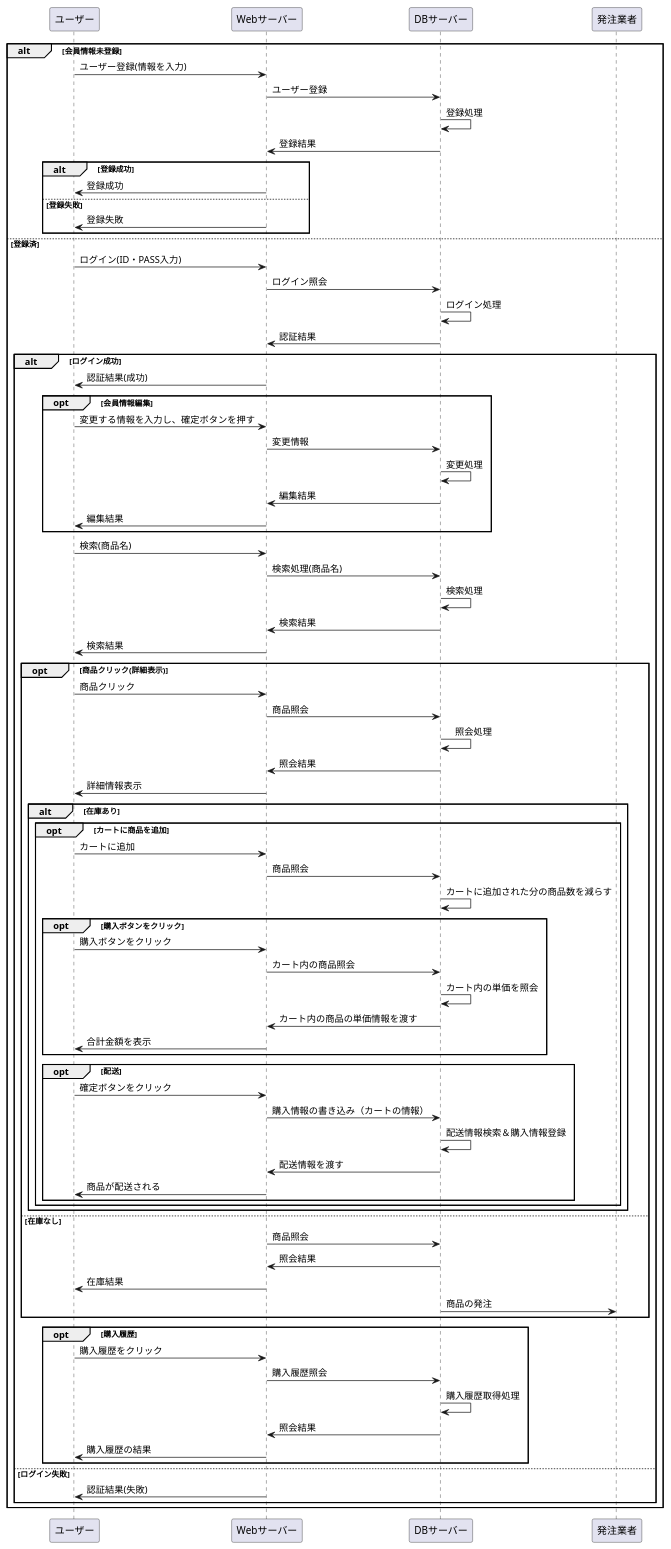
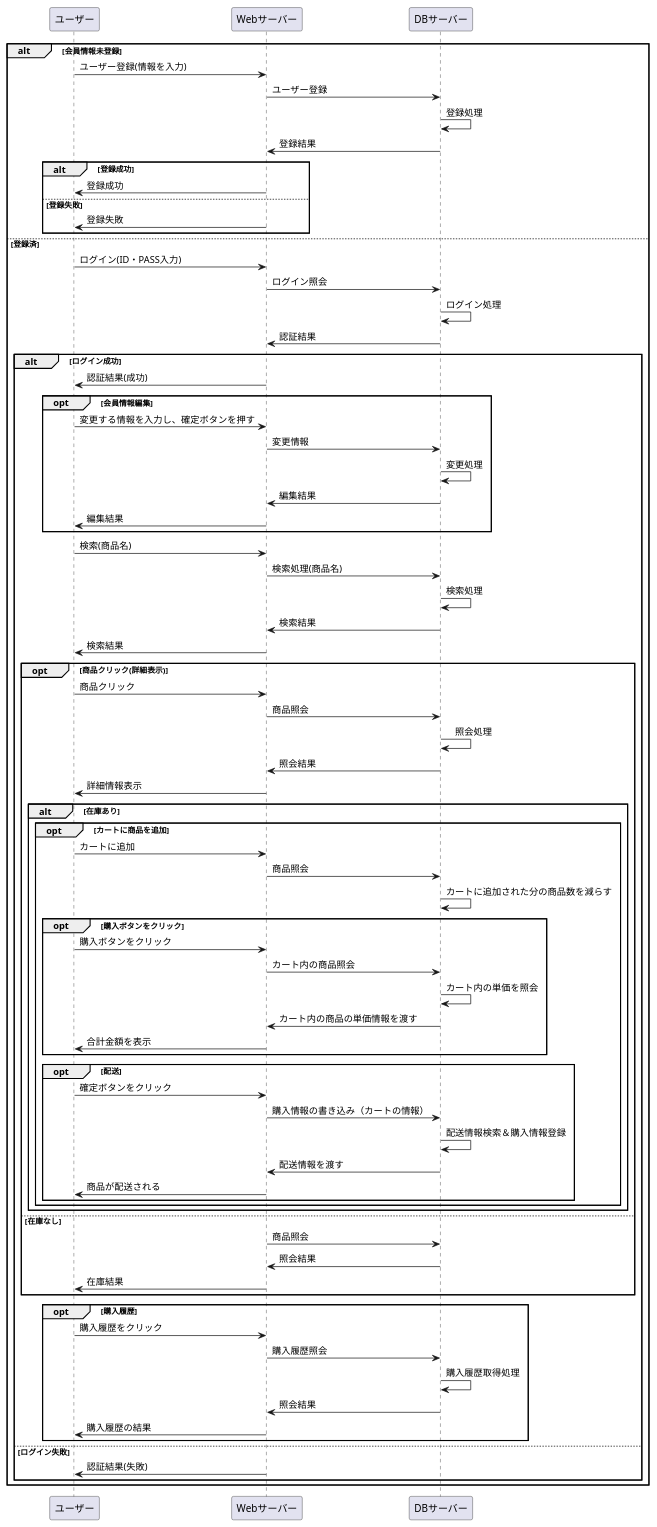
The diagram in 設計書/02_業務フロー/business-flow.md (Aso2001227/Aso-Sports-1), drawn with PlantUML before and after one commit.

```diff
--- a/設計書/02_業務フロー/business-flow.md
+++ b/設計書/02_業務フロー/business-flow.md
@@ -66,7 +66,6 @@
 Webサーバー -> DBサーバー : 商品照会
 DBサーバー -> Webサーバー : 照会結果
 Webサーバー -> ユーザー : 在庫結果
-DBサーバー -> 発注業者 : 商品の発注
 end
 opt 購入履歴
 ユーザー ->Webサーバー :購入履歴をクリック
```
